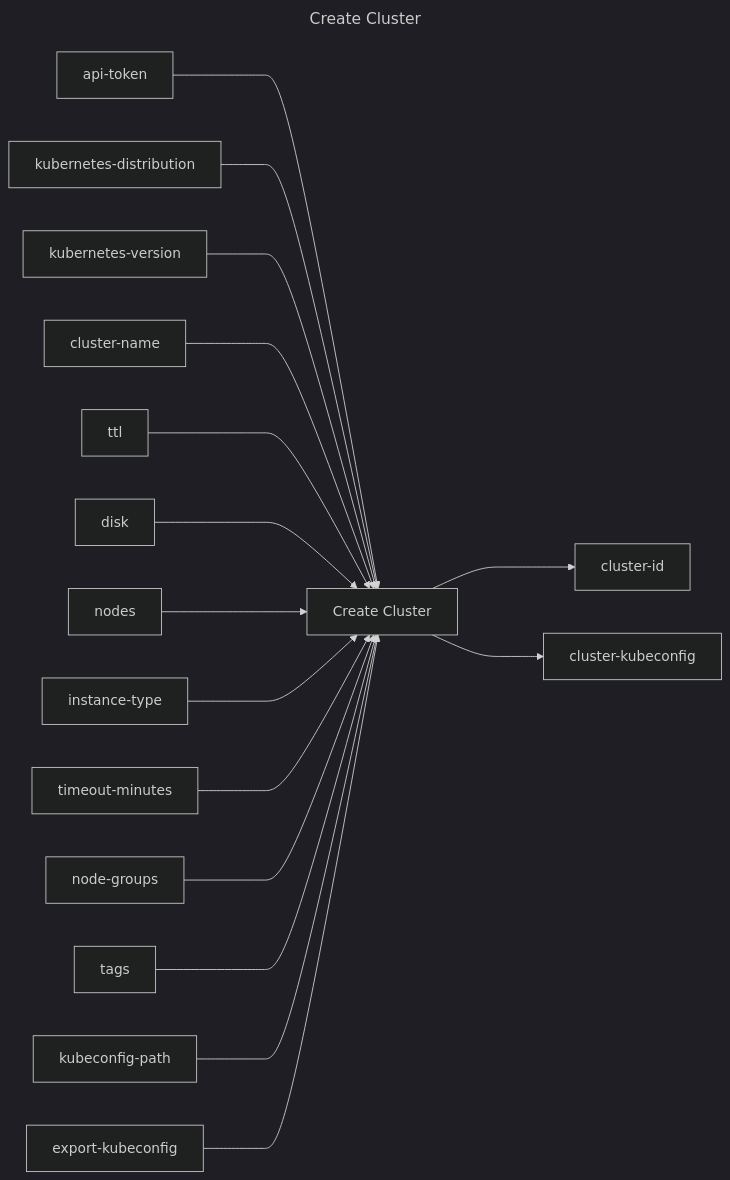
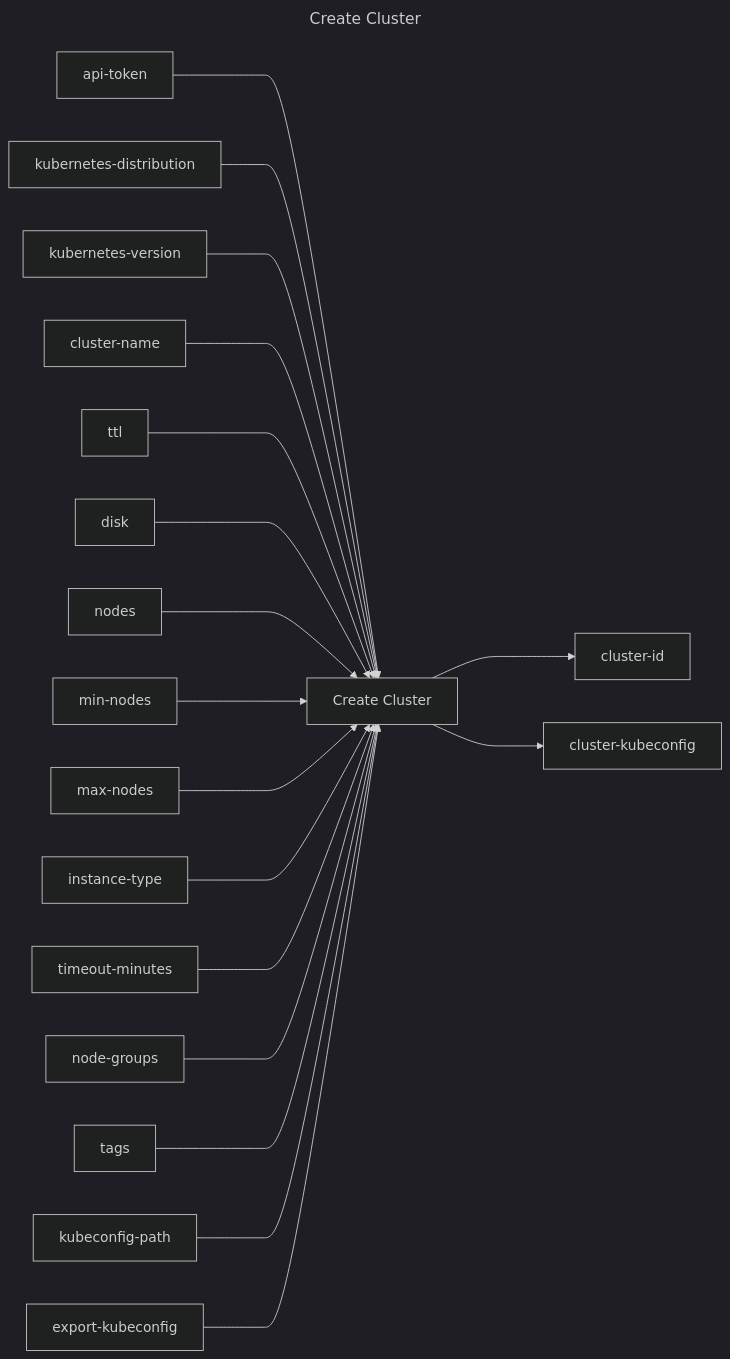
Before and after one commit to replicatedhq/replicated-actions: the diagram in create-cluster/README.md, drawn with Mermaid (dark theme). The commit also changed other lines of this file and 31 other files, not shown here.

````diff
--- a/create-cluster/README.md
+++ b/create-cluster/README.md
@@ -3,37 +3,41 @@
 ```mermaid
 ---
 title: Create Cluster
 ---
 graph LR
 create_cluster["Create Cluster"]
 api_token["api-token"]
 kubernetes_distribution["kubernetes-distribution"]
 kubernetes_version["kubernetes-version"]
 cluster_name["cluster-name"]
 ttl["ttl"]
 disk["disk"]
 nodes["nodes"]
+min_nodes["min-nodes"]
+max_nodes["max-nodes"]
 instance_type["instance-type"]
 timeout_minutes["timeout-minutes"]
 node_groups["node-groups"]
 tags["tags"]
 kubeconfig_path["kubeconfig-path"]
 export_kubeconfig["export-kubeconfig"]
 cluster_id["cluster-id"]
 cluster_kubeconfig["cluster-kubeconfig"]
 api_token ---> create_cluster
 kubernetes_distribution ---> create_cluster
 kubernetes_version ---> create_cluster
 cluster_name ---> create_cluster
 ttl ---> create_cluster
 disk ---> create_cluster
 nodes ---> create_cluster
+min_nodes ---> create_cluster
+max_nodes ---> create_cluster
 instance_type ---> create_cluster
 timeout_minutes ---> create_cluster
 node_groups ---> create_cluster
 tags ---> create_cluster
 kubeconfig_path ---> create_cluster
 export_kubeconfig ---> create_cluster
 create_cluster ---> cluster_id
 create_cluster ---> cluster_kubeconfig
 ```
````
